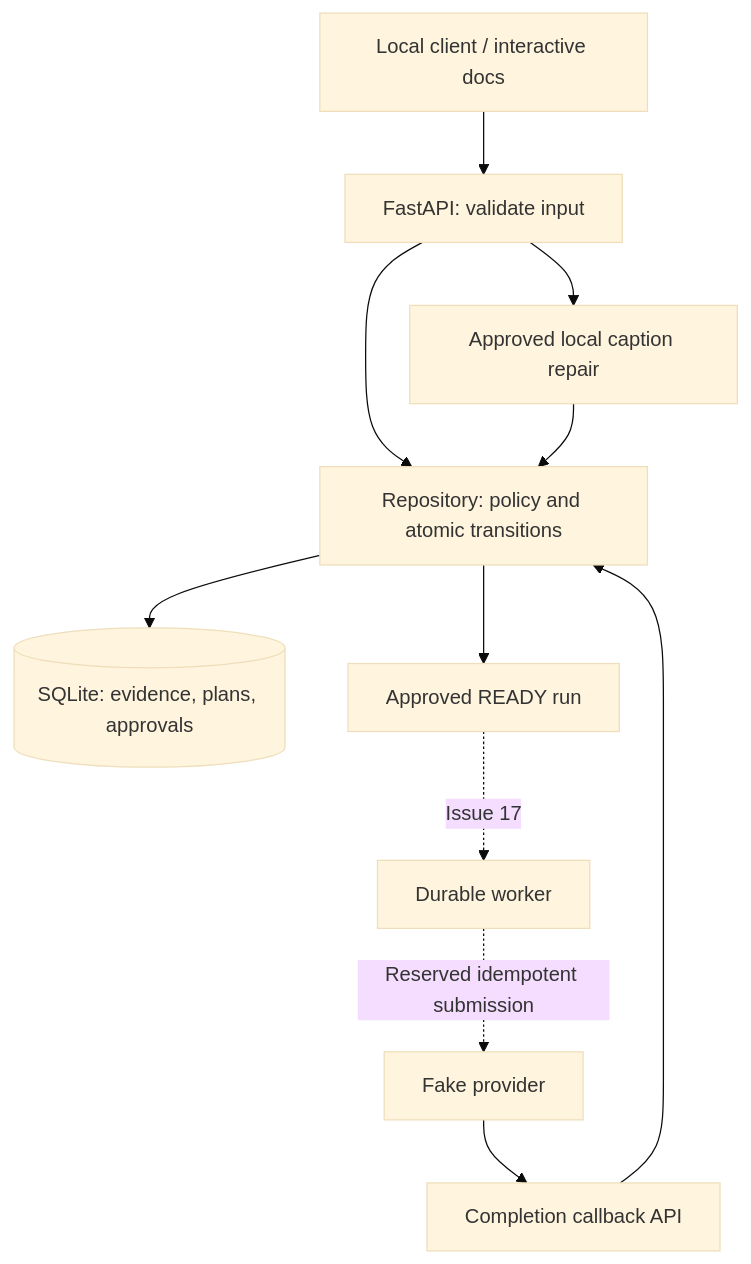
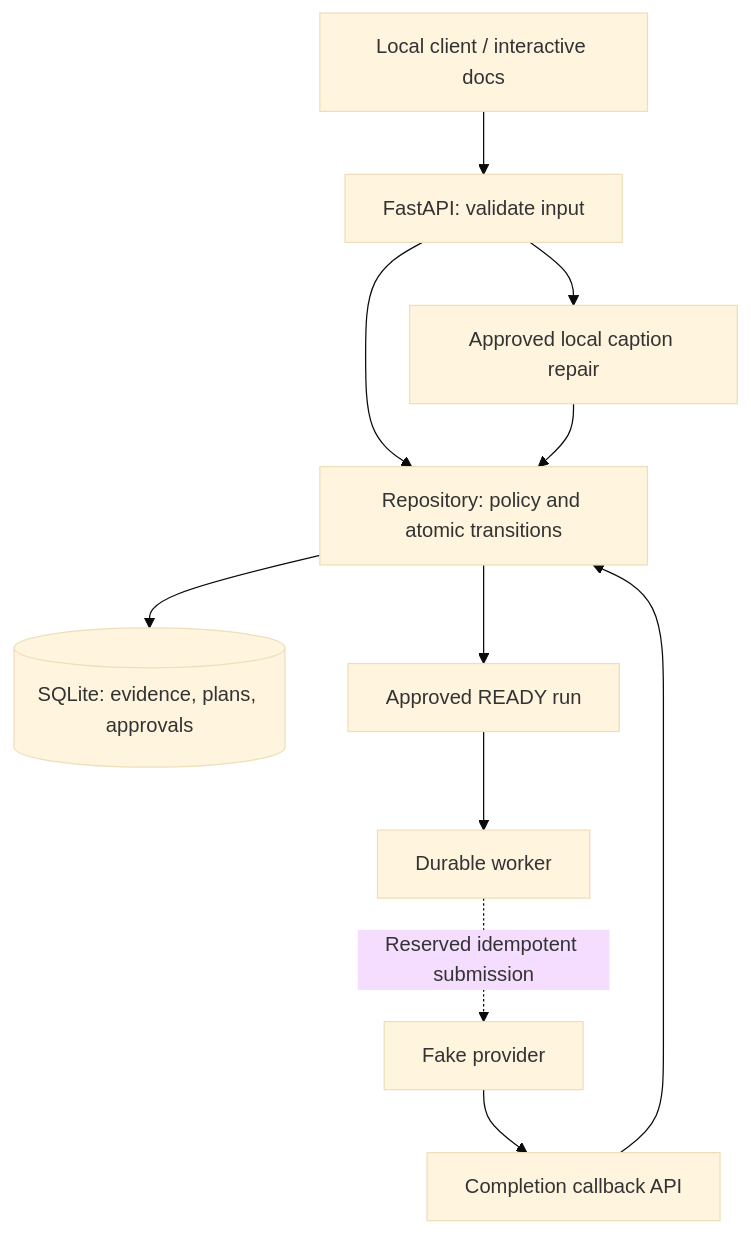
The diagram in docs/architecture/review-api.md (woolnerd/media-qc-agent), drawn with Mermaid (base theme) before and after one commit. The commit also changed other lines of this file and 19 other files, not shown here.

Commit message:
feat(worker): lease durable submissions and bound provider recovery

````diff
--- a/docs/architecture/review-api.md
+++ b/docs/architecture/review-api.md
@@ -24,13 +24,13 @@
 ```mermaid
 flowchart TD
     Client[Local client / interactive docs] --> API[FastAPI: validate input]
     API --> Repo[Repository: policy and atomic transitions]
     Repo --> DB[(SQLite: evidence, plans, approvals)]
     Repo --> Ready[Approved READY run]
-    Ready -. Issue 17 .-> Worker[Durable worker]
+    Ready --> Worker[Durable worker]
     Worker -. Reserved idempotent submission .-> Provider[Fake provider]
     Provider --> Callback[Completion callback API]
     Callback --> Repo
     API --> Caption[Approved local caption repair]
     Caption --> Repo
 ```
````
